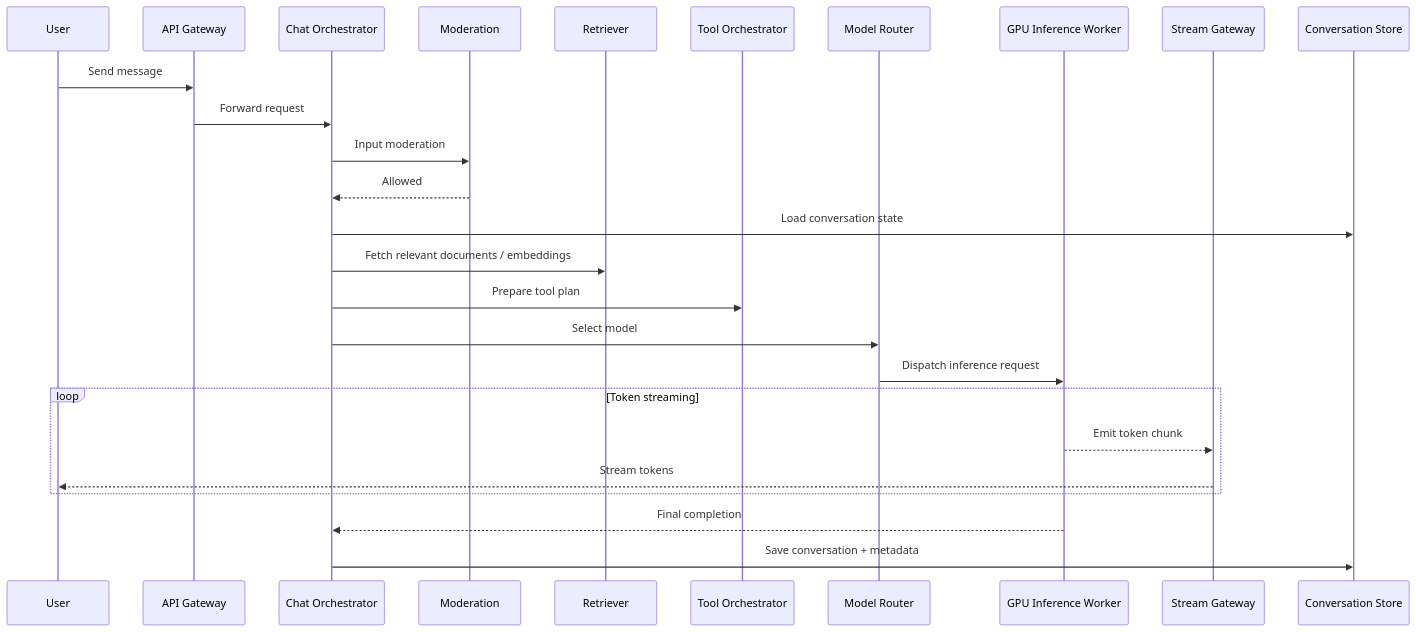
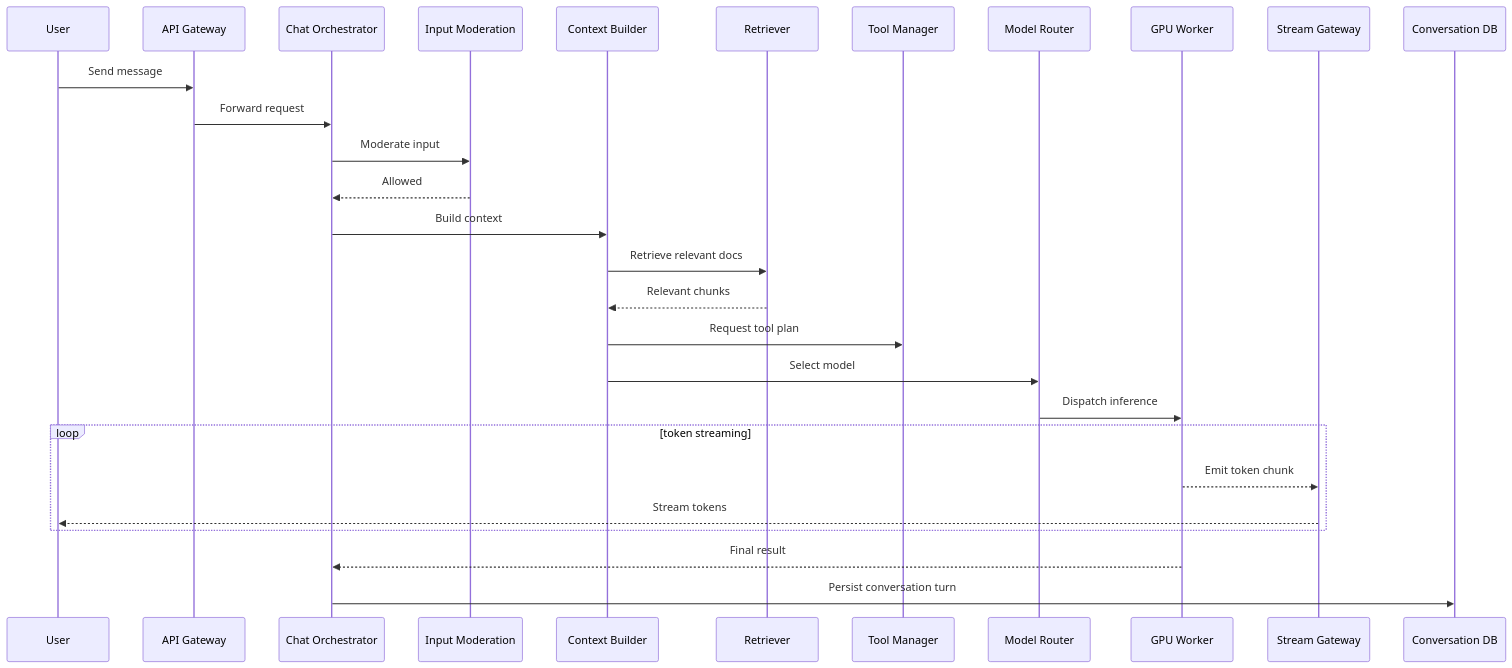
One commit to gojosatoru123-ux/CacheU changed the second of 11 diagrams in src/content/design-a-realtime-ai-chat-system.md. Above: the diagram before and after it, drawn with Mermaid. The commit also changed other lines of this file and 17 other files, not shown here.

````diff
--- a/src/content/design-a-realtime-ai-chat-system.md
+++ b/src/content/design-a-realtime-ai-chat-system.md
@@ -278,32 +267,34 @@
 ```mermaid
 sequenceDiagram
     participant U as User
-    participant API as API Gateway
-    participant C as Chat Orchestrator
-    participant M as Moderation
-    participant R as Retriever
-    participant T as Tool Orchestrator
+    participant GW as API Gateway
+    participant CO as Chat Orchestrator
+    participant IM as Input Moderation
+    participant CT as Context Builder
+    participant RT as Retriever
+    participant TM as Tool Manager
     participant MR as Model Router
-    participant G as GPU Inference Worker
-    participant S as Stream Gateway
-    participant DB as Conversation Store
+    participant GP as GPU Worker
+    participant SG as Stream Gateway
+    participant DB as Conversation DB
 
-    U->>API: Send message
-    API->>C: Forward request
-    C->>M: Input moderation
-    M-->>C: Allowed
+    U->>GW: Send message
+    GW->>CO: Forward request
+    CO->>IM: Moderate input
+    IM-->>CO: Allowed
 
-    C->>DB: Load conversation state
-    C->>R: Fetch relevant documents / embeddings
-    C->>T: Prepare tool plan
-    C->>MR: Select model
-    MR->>G: Dispatch inference request
+    CO->>CT: Build context
+    CT->>RT: Retrieve relevant docs
+    RT-->>CT: Relevant chunks
+    CT->>TM: Request tool plan
+    CT->>MR: Select model
+    MR->>GP: Dispatch inference
 
-    loop Token streaming
-        G-->>S: Emit token chunk
-        S-->>U: Stream tokens
+    loop token streaming
+        GP-->>SG: Emit token chunk
+        SG-->>U: Stream tokens
     end
 
-    G-->>C: Final completion
-    C->>DB: Save conversation + metadata
+    GP-->>CO: Final result
+    CO->>DB: Persist conversation turn
 ```
````
